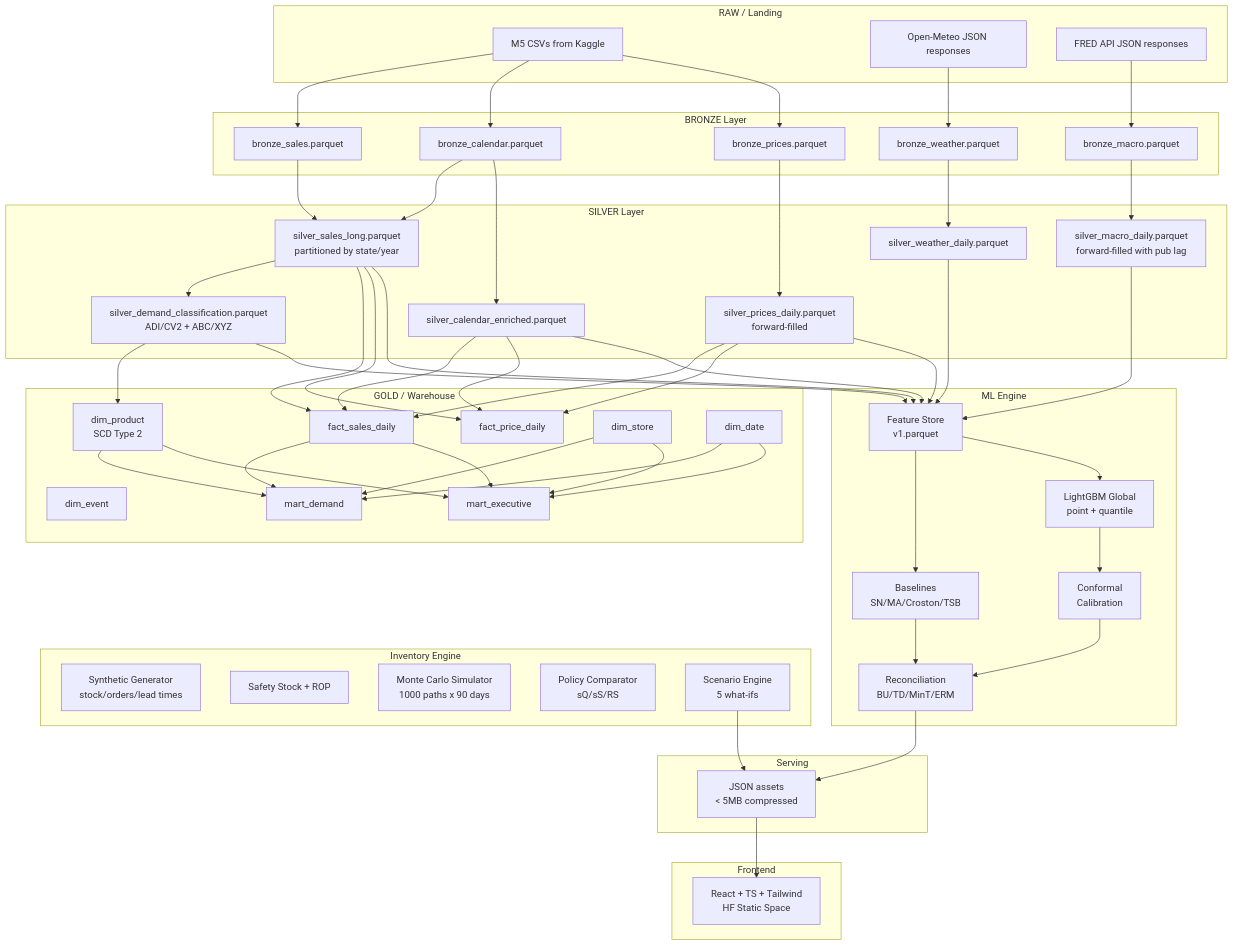
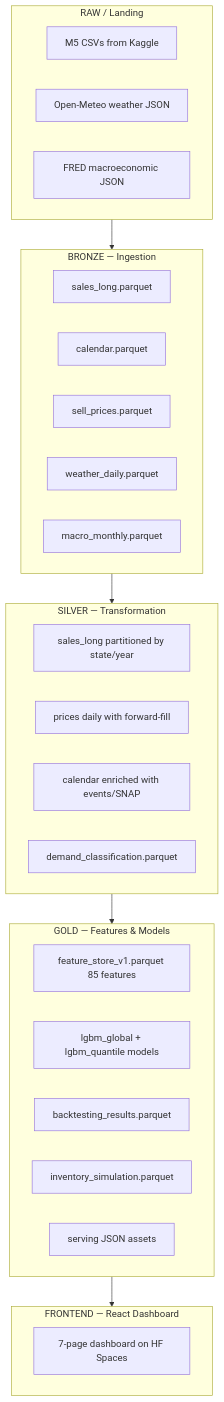
One commit to farrandizhector-dev/retail-demand-intelligence changed the diagram in README.md. Above: the diagram before and after it, drawn with Mermaid. The commit also changed other lines of this file, not shown here.

````diff
--- a/README.md
+++ b/README.md
@@ -25,80 +90,37 @@
 ```mermaid
 graph TD
     subgraph RAW["RAW / Landing"]
         R1[M5 CSVs from Kaggle]
-        R2[Open-Meteo JSON responses]
-        R3[FRED API JSON responses]
+        R2[Open-Meteo weather JSON]
+        R3[FRED macroeconomic JSON]
     end
 
-    subgraph BRONZE["BRONZE Layer"]
-        B1[bronze_sales.parquet]
-        B2[bronze_calendar.parquet]
-        B3[bronze_prices.parquet]
-        B4[bronze_weather.parquet]
-        B5[bronze_macro.parquet]
+    subgraph BRONZE["BRONZE — Ingestion"]
+        B1[sales_long.parquet]
+        B2[calendar.parquet]
+        B3[sell_prices.parquet]
+        B4[weather_daily.parquet]
+        B5[macro_monthly.parquet]
     end
 
-    subgraph SILVER["SILVER Layer"]
-        S1[silver_sales_long.parquet<br/>partitioned by state/year]
-        S2[silver_prices_daily.parquet<br/>forward-filled]
-        S3[silver_calendar_enriched.parquet]
-        S4[silver_weather_daily.parquet]
-        S5[silver_macro_daily.parquet<br/>forward-filled with pub lag]
-        S6[silver_demand_classification.parquet<br/>ADI/CV2 + ABC/XYZ]
+    subgraph SILVER["SILVER — Transformation"]
+        S1[sales_long partitioned by state/year]
+        S2[prices daily with forward-fill]
+        S3[calendar enriched with events/SNAP]
+        S4[demand_classification.parquet]
     end
 
-    subgraph WAREHOUSE["GOLD / Warehouse"]
-        W1[fact_sales_daily]
-        W2[fact_price_daily]
-        W3[dim_product<br/>SCD Type 2]
-        W4[dim_store]
-        W5[dim_date]
-        W6[dim_event]
-        W7[mart_demand]
-        W8[mart_executive]
+    subgraph GOLD["GOLD — Features & Models"]
+        G1[feature_store_v1.parquet 85 features]
+        G2[lgbm_global + lgbm_quantile models]
+        G3[backtesting_results.parquet]
+        G4[inventory_simulation.parquet]
+        G5[serving JSON assets]
     end
 
-    subgraph ML["ML Engine"]
-        F1[Feature Store<br/>v1.parquet]
-        M1[Baselines<br/>SN/MA/Croston/TSB]
-        M2[LightGBM Global<br/>point + quantile]
-        M3[Conformal<br/>Calibration]
-        M4[Reconciliation<br/>BU/TD/MinT/ERM]
+    subgraph APP["FRONTEND — React Dashboard"]
+        A1[7-page dashboard on HF Spaces]
     end
 
-    subgraph INV["Inventory Engine"]
-        I1[Synthetic Generator<br/>stock/orders/lead times]
-        I2[Safety Stock + ROP]
-        I3[Monte Carlo Simulator<br/>1000 paths x 90 days]
-        I4[Policy Comparator<br/>sQ/sS/RS]
-        I5[Scenario Engine<br/>5 what-ifs]
-    end
-
-    subgraph SERVE["Serving"]
-        SV5[JSON assets<br/>< 5MB compressed]
-    end
-
-    subgraph FRONT["Frontend"]
-        FE1[React + TS + Tailwind<br/>HF Static Space]
-    end
-
-    R1 --> B1 & B2 & B3
-    R2 --> B4
-    R3 --> B5
-    B1 & B2 --> S1
-    B3 --> S2
-    B2 --> S3
-    B4 --> S4
-    B5 --> S5
-    S1 --> S6
-    S1 & S2 & S3 --> W1 & W2
-    S6 --> W3
-    W1 & W3 & W4 & W5 --> W7 & W8
-    S1 & S2 & S3 & S4 & S5 & S6 --> F1
-    F1 --> M1 & M2
-    M2 --> M3
-    M1 & M3 --> M4
-    M4 --> SV5
-    I5 --> SV5
-    SV5 --> FE1
+    RAW --> BRONZE --> SILVER --> GOLD --> APP
 ```
````
